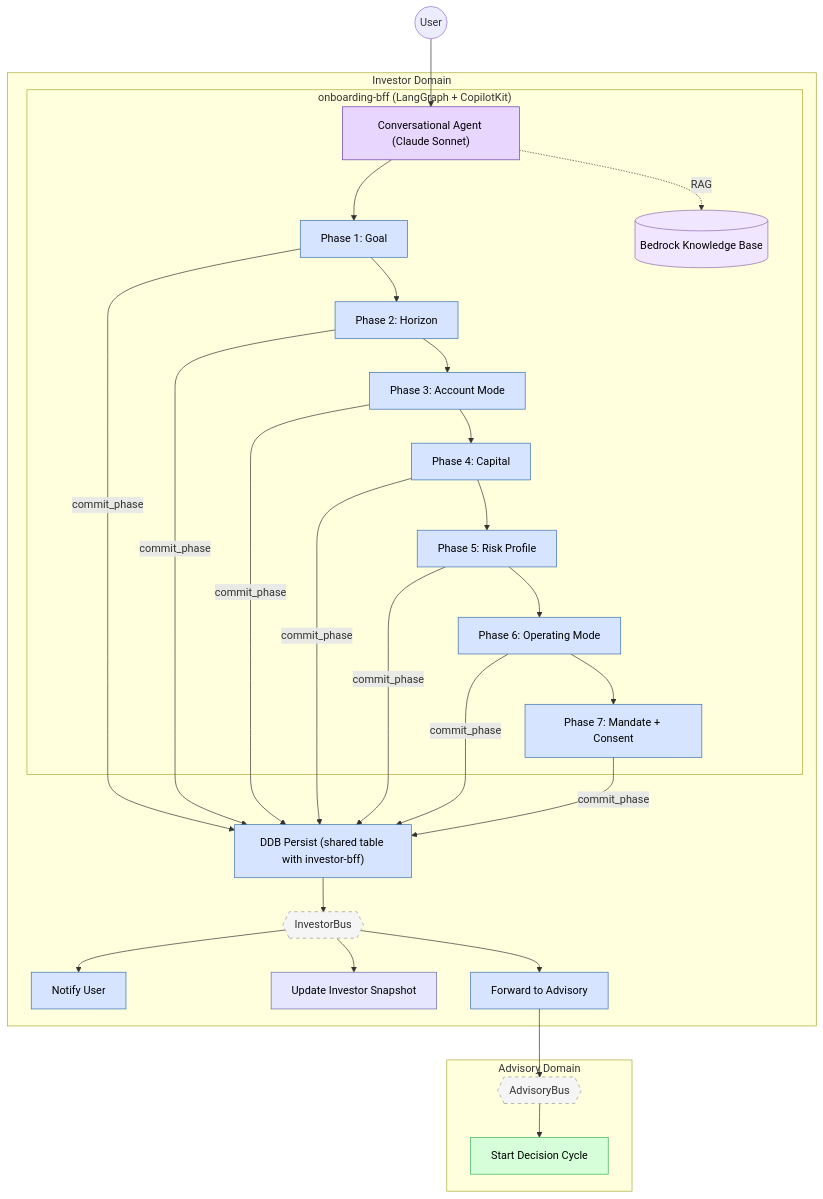
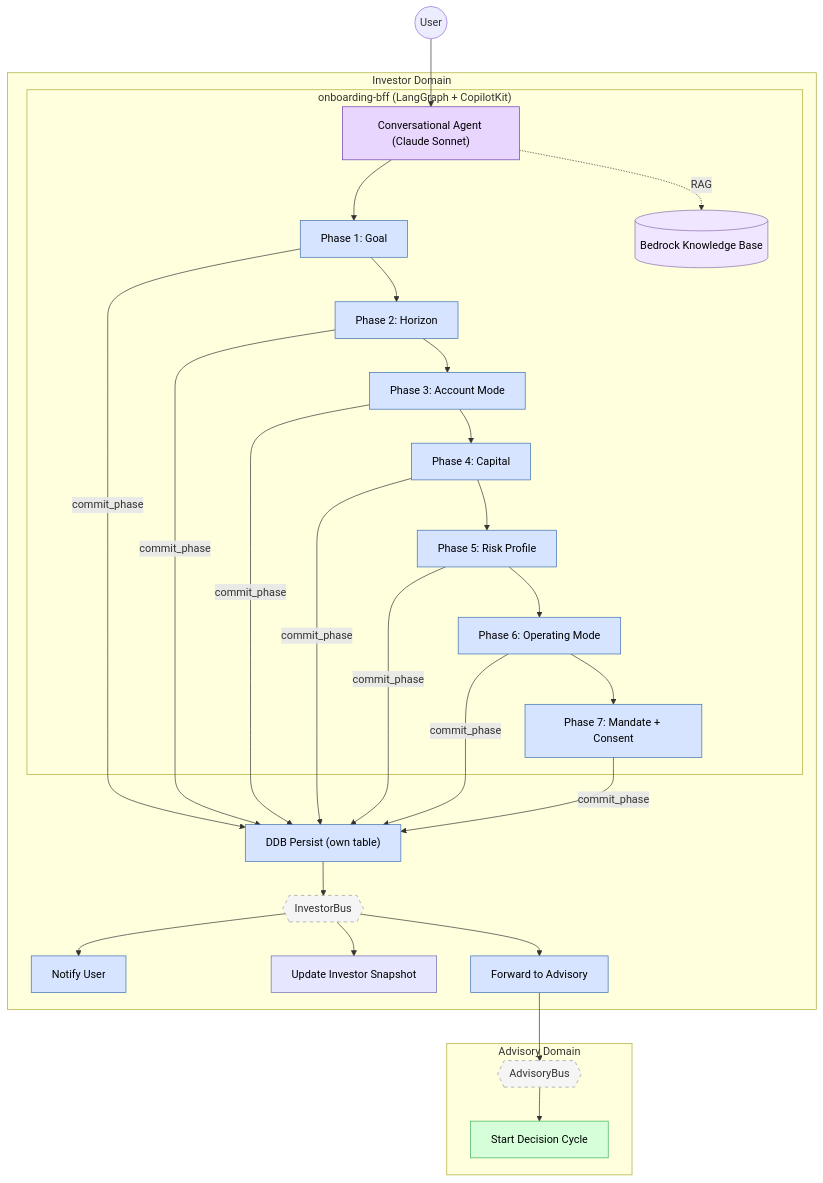
Before and after one commit to fabio-vitali/nestfolio: the diagram in docs/data-flows/01-investor-onboarding.md, drawn with Mermaid. The commit also changed other lines of this file and 34 other files, not shown here.

````diff
--- a/docs/data-flows/01-investor-onboarding.md
+++ b/docs/data-flows/01-investor-onboarding.md
@@ -11,62 +11,62 @@
 ```mermaid
 flowchart TB
     subgraph subGraph0["Investor Domain"]
         subgraph agent["onboarding-bff (LangGraph + CopilotKit)"]
             A0["Conversational Agent (Claude Sonnet)"]
             A1["Phase 1: Goal"]
             A1b["Phase 2: Horizon"]
             A1c["Phase 3: Account Mode"]
             A1d["Phase 4: Capital"]
             A2["Phase 5: Risk Profile"]
             A2b["Phase 6: Operating Mode"]
             A3["Phase 7: Mandate + Consent"]
             KB[("Bedrock Knowledge Base")]
         end
-        A4["DDB Persist (shared table with investor-bff)"]
+        A4["DDB Persist (own table)"]
         IB{{"InvestorBus"}}
         A5["Notify User"]
         A6["Update Investor Snapshot"]
         A7["Forward to Advisory"]
     end
     subgraph subGraph1["Advisory Domain"]
         AB{{"AdvisoryBus"}}
         B1["Start Decision Cycle"]
     end
     U(("User")) --> A0
     A0 --> A1
     A1 --> A1b
     A1b --> A1c
     A1c --> A1d
     A1d --> A2
     A2 --> A2b
     A2b --> A3
     A0 -.->|RAG| KB
     A1 & A1b & A1c & A1d & A2 & A2b & A3 -->|commit_phase| A4
     A4 --> IB
     IB --> A5 & A6 & A7
     A7 --> AB
     AB --> B1
 
     A0:::agent_style
     A1:::investor
     A1b:::investor
     A1c:::investor
     A1d:::investor
     A2:::investor
     A2b:::investor
     A3:::investor
     KB:::kb
     A4:::investor
     IB:::bus
     A5:::investor
     A6:::read
     A7:::investor
     AB:::bus
     B1:::advisory
     classDef investor fill:#D6E4FF,stroke:#3A6FB0,color:#000
     classDef advisory fill:#D6FFD9,stroke:#3AB05A,color:#000
     classDef read fill:#E6E6FF,stroke:#6A6AB0,color:#000
     classDef bus fill:#F5F5F5,stroke:#999,stroke-dasharray:5 5
     classDef agent_style fill:#E8D6FF,stroke:#6A3AB0,color:#000
     classDef kb fill:#F0E6FF,stroke:#8A6AB0,color:#000
 ```
````
